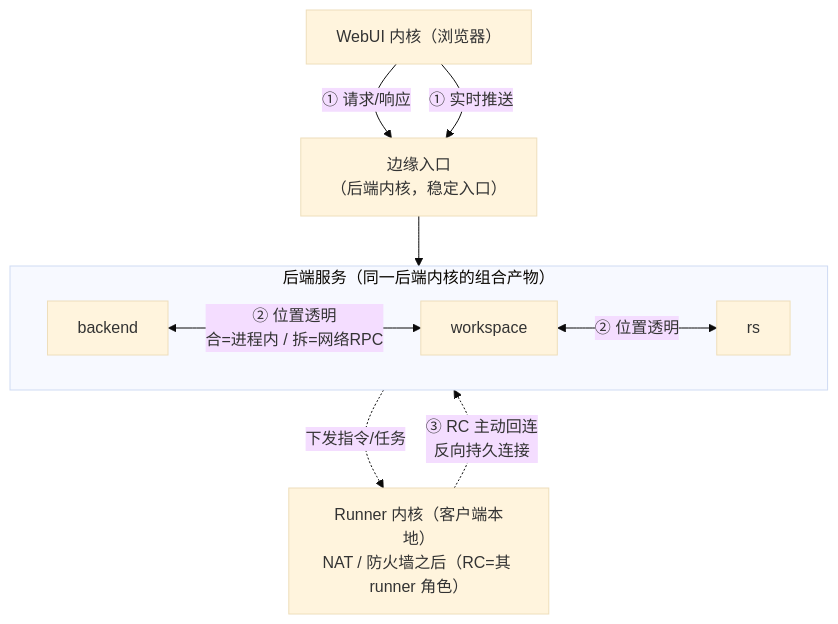
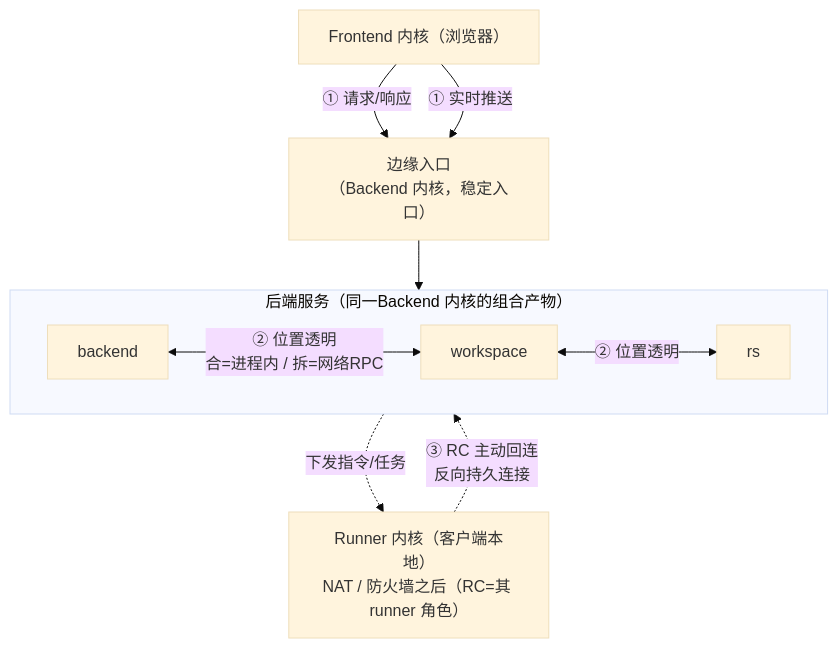
The third of 5 diagrams in docs/dev/architecture/系统架构.md (yandt/VastPlan), drawn with Mermaid (base theme) before and after one commit. The commit also changed other lines of this file and 4 other files, not shown here.

First line of the commit message:
docs: 统一四内核命名规范（ADR-0015）——backend/frontend/runner/mobile

````diff
--- a/docs/dev/architecture/系统架构.md
+++ b/docs/dev/architecture/系统架构.md
@@ -179,23 +179,23 @@
 ```mermaid
 flowchart TB
-  WebUI["WebUI 内核（浏览器）"]
-  Edge["边缘入口<br/>（后端内核，稳定入口）"]
+  Frontend["Frontend 内核（浏览器）"]
+  Edge["边缘入口<br/>（Backend 内核，稳定入口）"]
 
-  WebUI -->|① 请求/响应| Edge
-  WebUI -->|① 实时推送| Edge
+  Frontend -->|① 请求/响应| Edge
+  Frontend -->|① 实时推送| Edge
 
-  subgraph BE["后端服务（同一后端内核的组合产物）"]
+  subgraph BE["后端服务（同一Backend 内核的组合产物）"]
     direction LR
     backend["backend"]
     workspace["workspace"]
     rs["rs"]
     backend <-->|② 位置透明<br/>合=进程内 / 拆=网络RPC| workspace
     workspace <-->|② 位置透明| rs
   end
 
   Edge --> BE
 
   RC["Runner 内核（客户端本地）<br/>NAT / 防火墙之后（RC=其 runner 角色）"]
   RC -.->|③ RC 主动回连<br/>反向持久连接| rs
   rs -.->|下发指令/任务| RC
 ```
````
